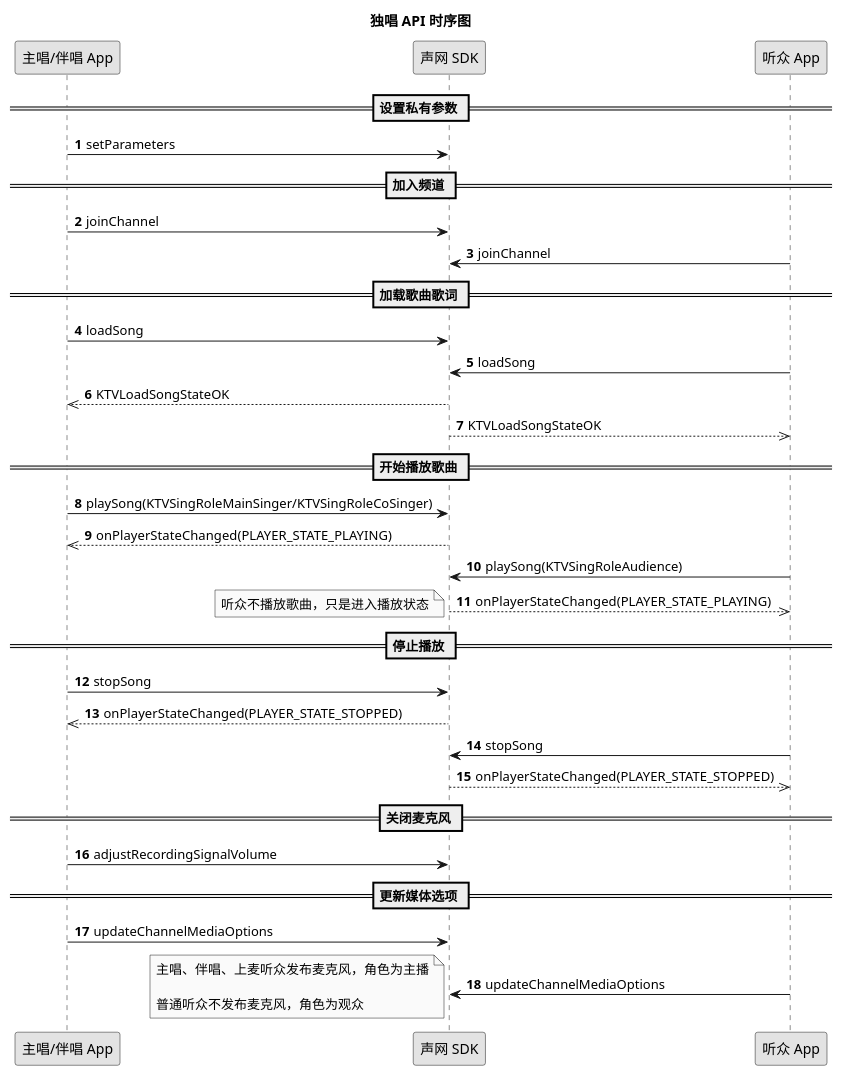
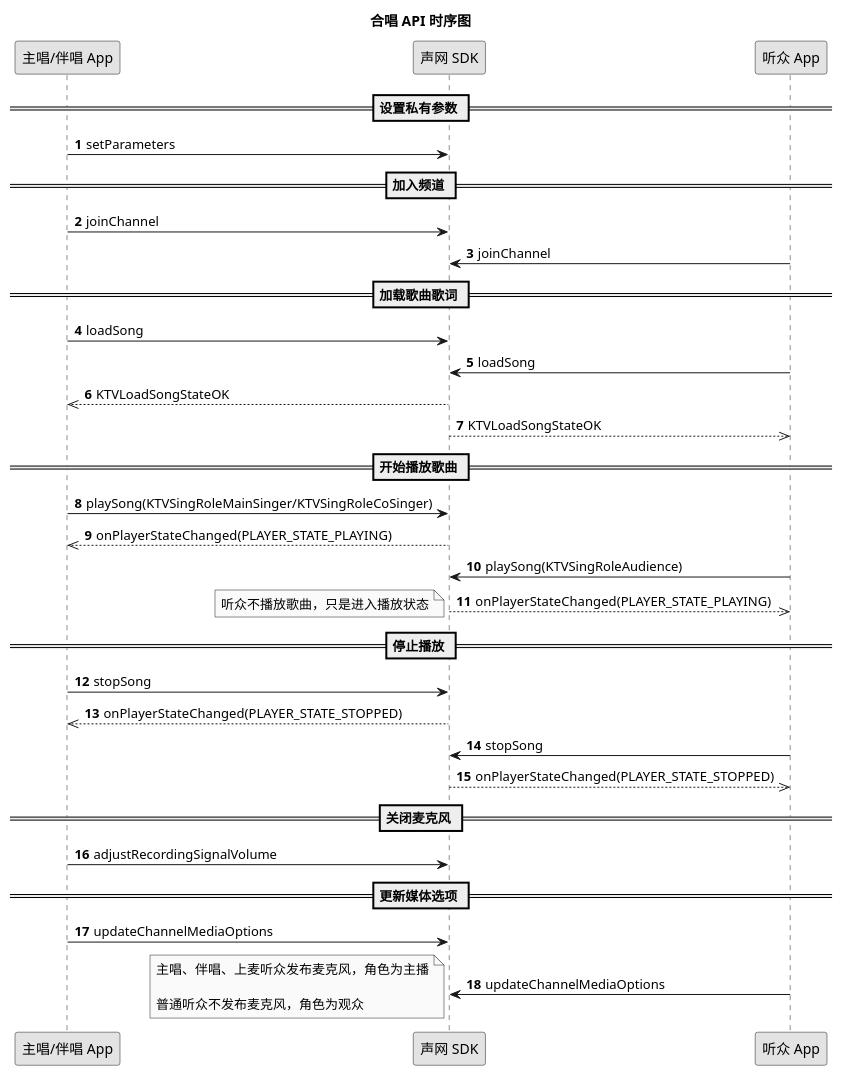
Before and after one commit to AgoraIO/agora_doc_source: the diagram in markdown/online-ktv/改进/场景化方案/Android/实现文档/合唱.wsd, drawn with PlantUML. The commit also changed 4 other files, not shown here.

```diff
--- a/markdown/online-ktv/改进/场景化方案/Android/实现文档/合唱.wsd
+++ b/markdown/online-ktv/改进/场景化方案/Android/实现文档/合唱.wsd
@@ -1,41 +1,41 @@
 @startuml
-title 独唱 API 时序图
+title 合唱 API 时序图
 autonumber
 skinparam monochrome true
 participant "主唱/伴唱 App" as a
 participant "声网 SDK" as b
 participant "听众 App" as c
 == 设置私有参数 ==
 a -> b: setParameters
 == 加入频道 ==
 a -> b: joinChannel
 c -> b: joinChannel
 == 加载歌曲歌词 ==
 a -> b: loadSong
 c -> b: loadSong
 b -->> a: KTVLoadSongStateOK
 b -->> c: KTVLoadSongStateOK
 == 开始播放歌曲 ==
 a -> b: playSong(KTVSingRoleMainSinger/KTVSingRoleCoSinger)
 b -->> a: onPlayerStateChanged(PLAYER_STATE_PLAYING)
 c -> b: playSong(KTVSingRoleAudience)
 b -->> c: onPlayerStateChanged(PLAYER_STATE_PLAYING)
 note left
 听众不播放歌曲，只是进入播放状态
 end note
 == 停止播放 ==
 a -> b: stopSong
 b -->> a: onPlayerStateChanged(PLAYER_STATE_STOPPED)
 c -> b: stopSong
 b -->> c: onPlayerStateChanged(PLAYER_STATE_STOPPED)
 == 关闭麦克风 ==
 a -> b: adjustRecordingSignalVolume
 == 更新媒体选项 ==
 a -> b: updateChannelMediaOptions
 c -> b: updateChannelMediaOptions
 note left
 主唱、伴唱、上麦听众发布麦克风，角色为主播
 
 普通听众不发布麦克风，角色为观众
 end note
 @enduml
```
